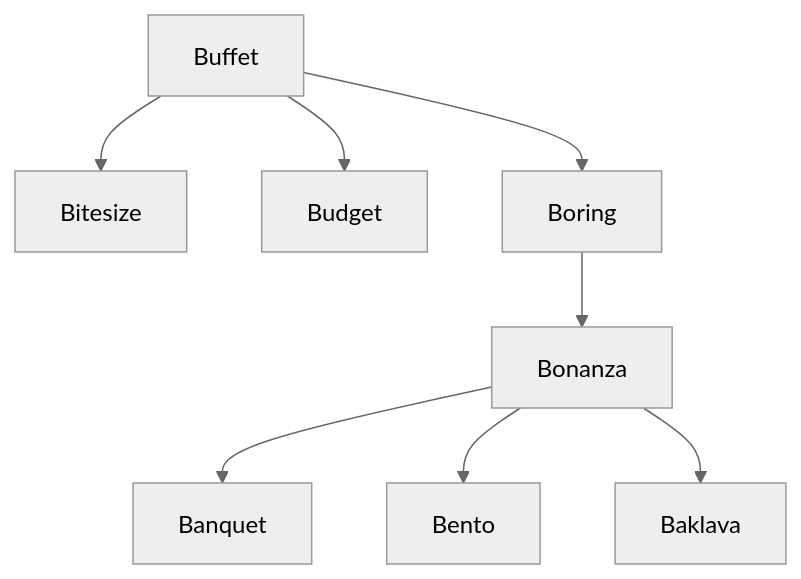
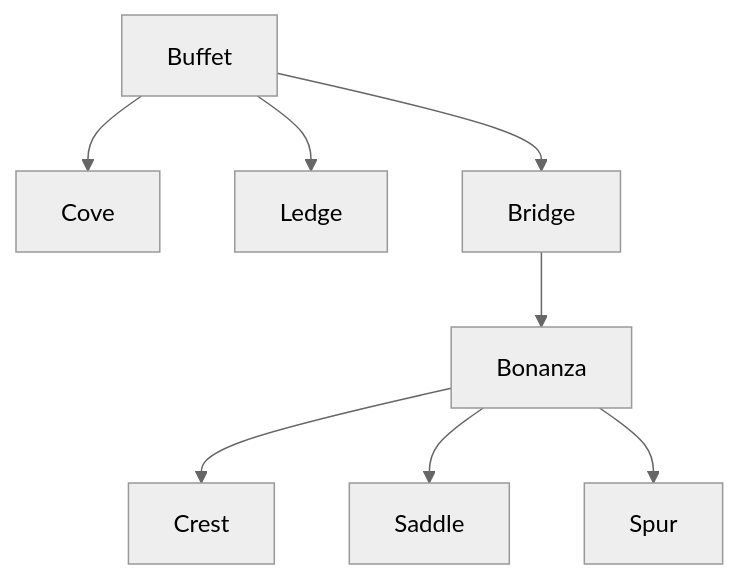
The second of 2 diagrams in posts/resgo_portfolio/index.qmd (nick-dorsch/blog), drawn with Mermaid (neutral theme) before and after one commit. The commit also changed other lines of this file and 5 other files, not shown here.

````diff
--- a/posts/resgo_portfolio/index.qmd
+++ b/posts/resgo_portfolio/index.qmd
@@ -283,14 +283,14 @@
 ```{mermaid}
 flowchart TD
     Buffet[Buffet]
 
-    Buffet --> Bitesize[Bitesize]
-    Buffet --> Budget[Budget]
-    Buffet --> Boring[Boring]
+    Buffet --> Cove[Cove]
+    Buffet --> Ledge[Ledge]
+    Buffet --> Bridge[Bridge]
 
-    Boring --> Bonanza[Bonanza]
+    Bridge --> Bonanza[Bonanza]
 
-    Bonanza --> Banquet[Banquet]
-    Bonanza --> Bento[Bento]
-    Bonanza --> Baklava[Baklava]
+    Bonanza --> Crest[Crest]
+    Bonanza --> Saddle[Saddle]
+    Bonanza --> Spur[Spur]
 ```
````
